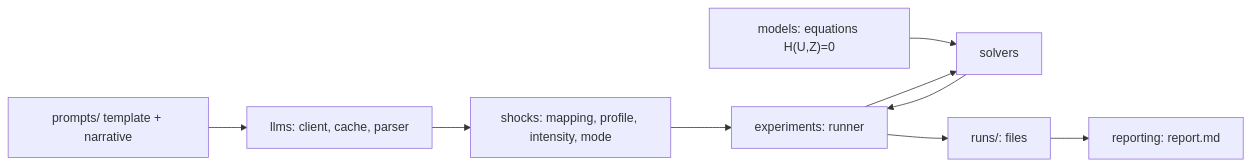
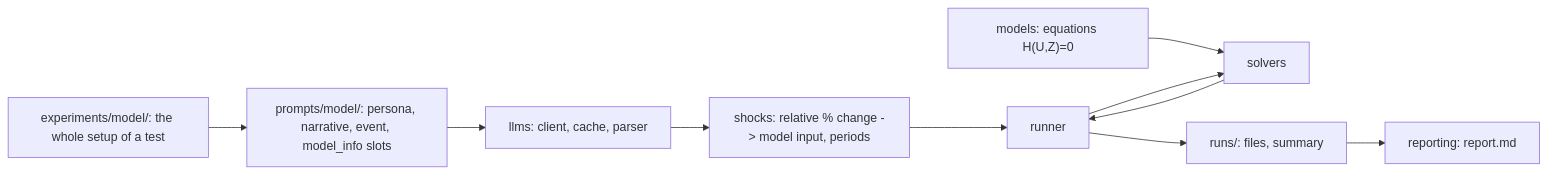
One commit to DragosGorduza/llms_for_dgse changed the first of 2 diagrams in README.md. Above: the diagram before and after it, drawn with Mermaid. The commit also changed other lines of this file and 112 other files, not shown here.

````diff
--- a/README.md
+++ b/README.md
@@ -9,10 +9,11 @@
 ```mermaid
 flowchart LR
-    P["prompts/ template + narrative"] --> L["llms: client, cache, parser"]
-    L --> S["shocks: mapping, profile, intensity, mode"]
-    S --> E["experiments: runner"]
+    P["prompts/model/: persona, narrative, event, model_info slots"] --> L["llms: client, cache, parser"]
+    E["experiments/model/: the whole setup of a test"] --> P
+    L --> S["shocks: relative % change -> model input, periods"]
+    S --> R["runner"]
     M["models: equations H(U,Z)=0"] --> V["solvers"]
-    E --> V
-    V --> E
-    E --> R["runs/: files"] --> G["reporting: report.md"]
+    R --> V
+    V --> R
+    R --> O["runs/: files, summary"] --> G["reporting: report.md"]
 ```
````
